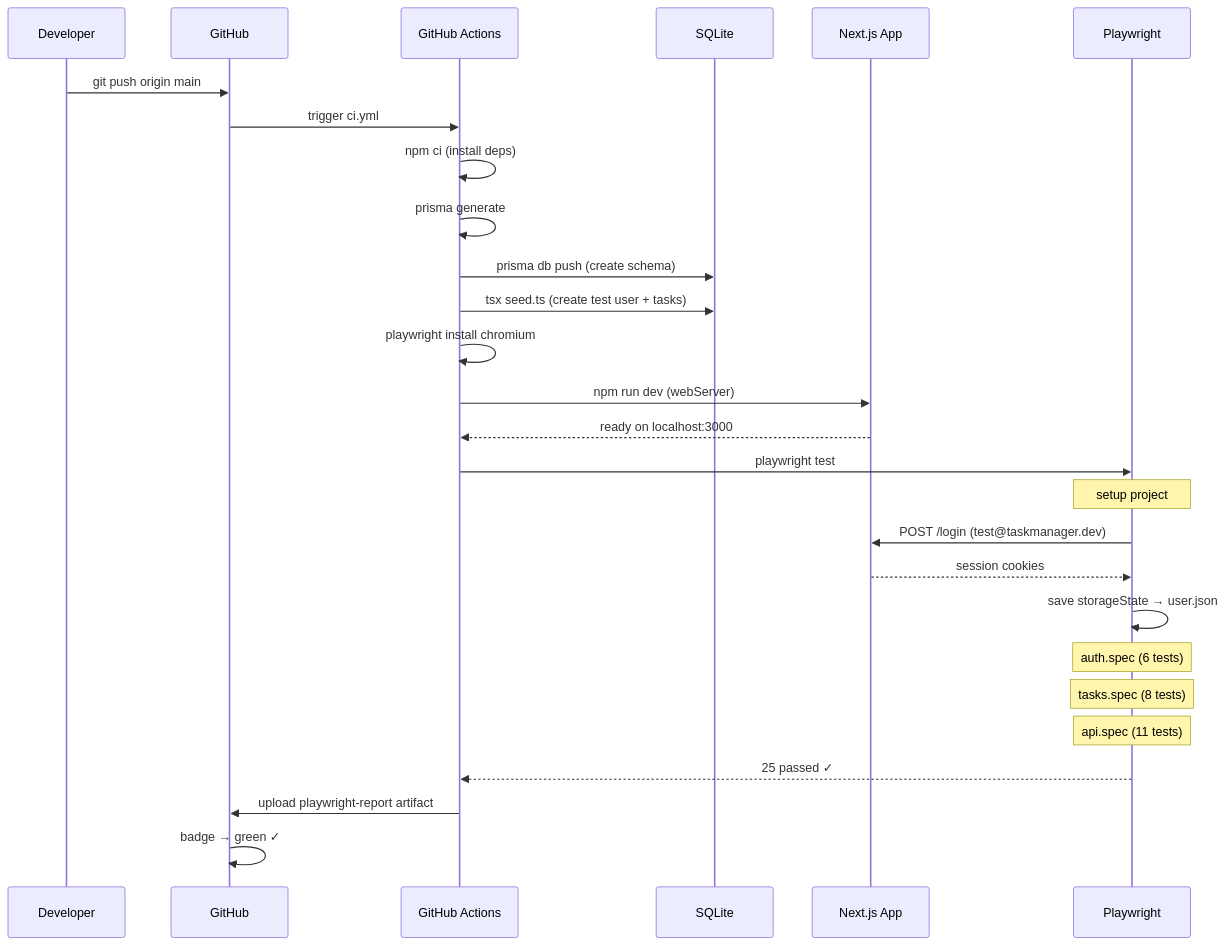
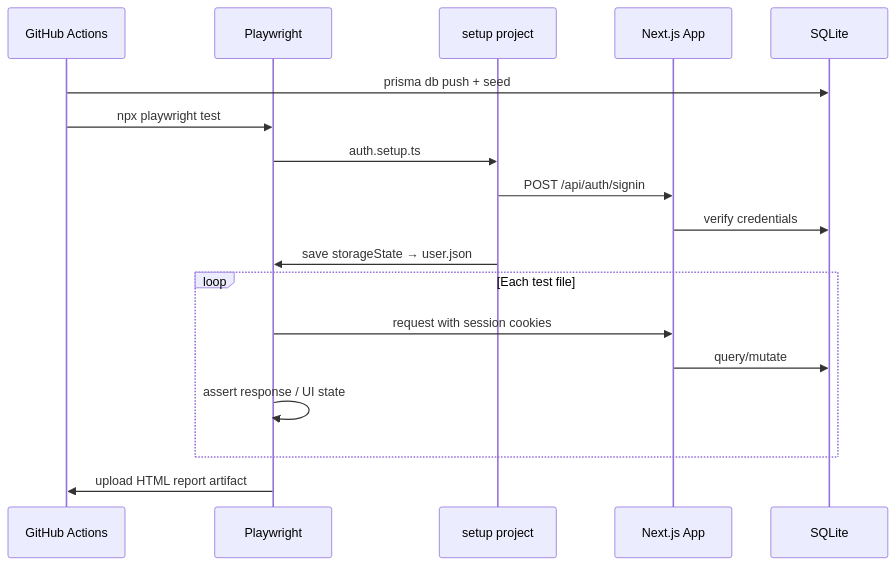
One commit to K2anC2ai/Practice-task-manager-Playwright_CI-CD-Playwright changed the diagram in README.md. Above: the diagram before and after it, drawn with Mermaid. The commit also changed other lines of this file, not shown here.

First line of the commit message:
docs: rewrite README — bilingual, full feature list, all 30+ test IDs, API reference

````diff
--- a/README.md
+++ b/README.md
@@ -366,36 +348,24 @@
 ```mermaid
 sequenceDiagram
-    participant Dev as Developer
-    participant GH as GitHub
-    participant CI as GitHub Actions
+    participant GH as GitHub Actions
+    participant PW as Playwright
+    participant Setup as setup project
+    participant App as Next.js App
     participant DB as SQLite
-    participant App as Next.js App
-    participant PW as Playwright
 
-    Dev->>GH: git push origin main
-    GH->>CI: trigger ci.yml
+    GH->>DB: prisma db push + seed
+    GH->>PW: npx playwright test
 
-    CI->>CI: npm ci (install deps)
-    CI->>CI: prisma generate
-    CI->>DB: prisma db push (create schema)
-    CI->>DB: tsx seed.ts (create test user + tasks)
-    CI->>CI: playwright install chromium
+    PW->>Setup: auth.setup.ts
+    Setup->>App: POST /api/auth/signin
+    App->>DB: verify credentials
+    Setup->>PW: save storageState → user.json
 
-    CI->>App: npm run dev (webServer)
-    App-->>CI: ready on localhost:3000
+    loop Each test file
+        PW->>App: request with session cookies
+        App->>DB: query/mutate
+        PW->>PW: assert response / UI state
+    end
 
-    CI->>PW: playwright test
-
-    Note over PW: setup project
-    PW->>App: POST /login (test@taskmanager.dev)
-    App-->>PW: session cookies
-    PW->>PW: save storageState → user.json
-
-    Note over PW: auth.spec (6 tests)
-    Note over PW: tasks.spec (8 tests)
-    Note over PW: api.spec (11 tests)
-
-    PW-->>CI: 25 passed ✓
-    CI->>GH: upload playwright-report artifact
-    GH->>GH: badge → green ✓
+    PW->>GH: upload HTML report artifact
 ```
````
